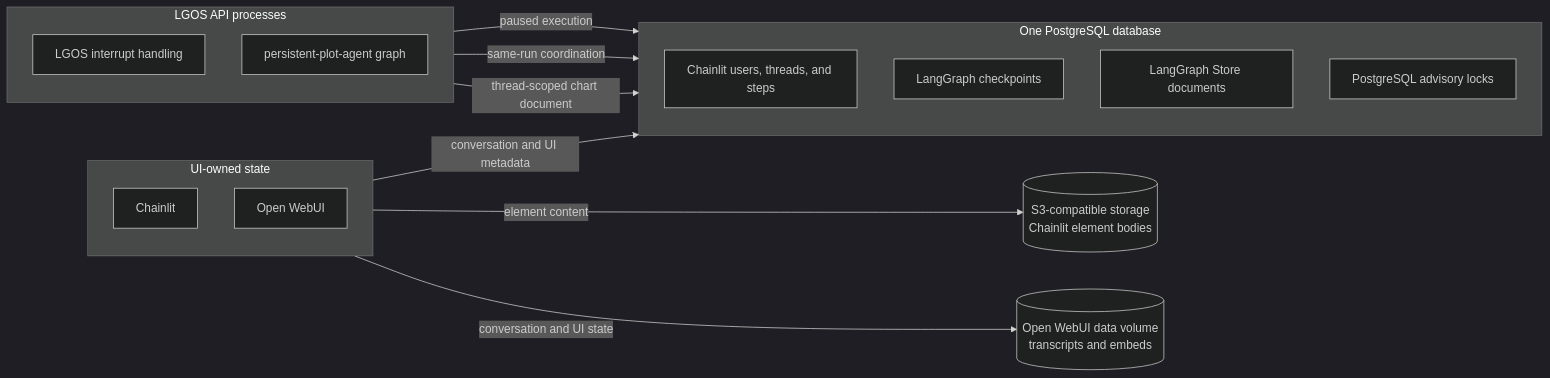
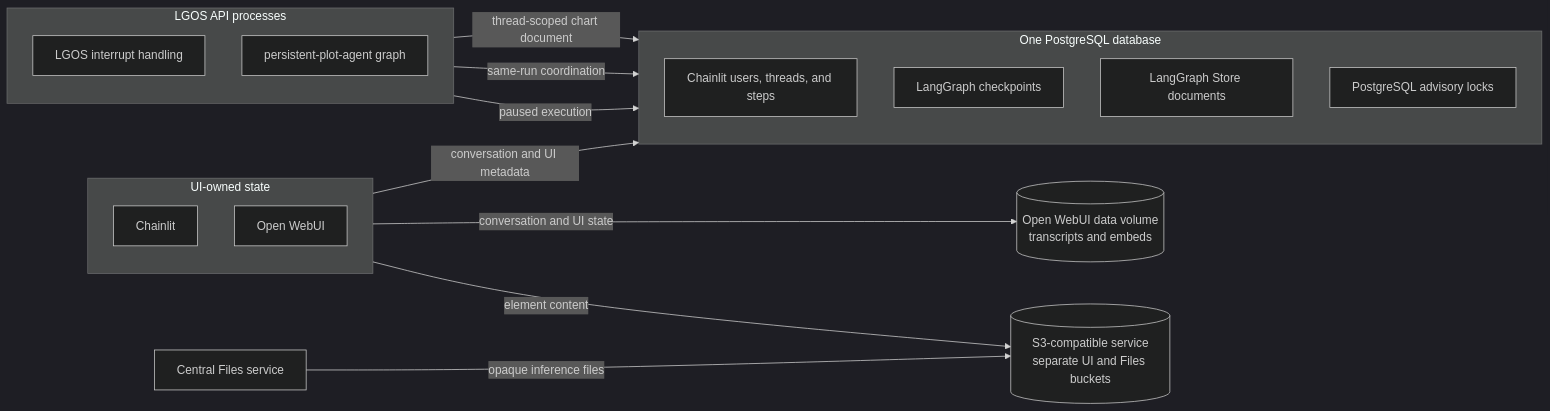
The second of 2 diagrams in docs/demo/architecture.md (ilkersigirci/langgraph-openai-serve), drawn with Mermaid (dark theme) before and after one commit. The commit also changed other lines of this file and 75 other files, not shown here.

Commit message:
feat: separate openai files api service added

````diff
--- a/docs/demo/architecture.md
+++ b/docs/demo/architecture.md
@@ -56,32 +62,34 @@
 ```mermaid
 flowchart LR
   subgraph clients["UI-owned state"]
     direction TB
     chainlit["Chainlit"]
     openwebui["Open WebUI"]
   end
 
   subgraph api["LGOS API processes"]
     direction TB
     interrupts["LGOS interrupt handling"]
     plot["persistent-plot-agent graph"]
   end
 
   subgraph postgres["One PostgreSQL database"]
     direction TB
     chainlit_rows["Chainlit users, threads, and steps"]
     checkpoints["LangGraph checkpoints"]
     store["LangGraph Store documents"]
     locks["PostgreSQL advisory locks"]
   end
 
-  s3[("S3-compatible storage<br/>Chainlit element bodies")]
+  files_service["Central Files service"]
+  s3[("S3-compatible service<br/>separate UI and Files buckets")]
   openwebui_data[("Open WebUI data volume<br/>transcripts and embeds")]
 
   chainlit -->|"conversation and UI metadata"| chainlit_rows
   chainlit -->|"element content"| s3
+  files_service -->|"opaque inference files"| s3
   openwebui -->|"conversation and UI state"| openwebui_data
   interrupts -->|"paused execution"| checkpoints
   interrupts -->|"same-run coordination"| locks
   plot -->|"thread-scoped chart document"| store
 ```
````
